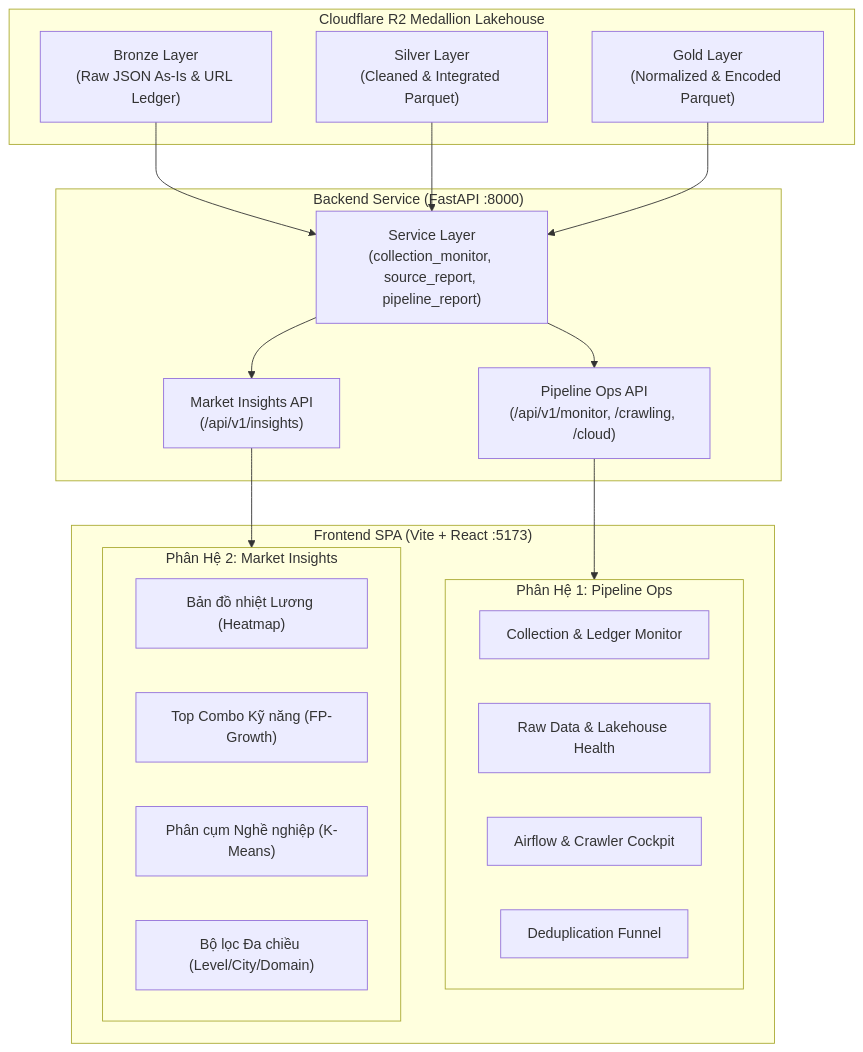
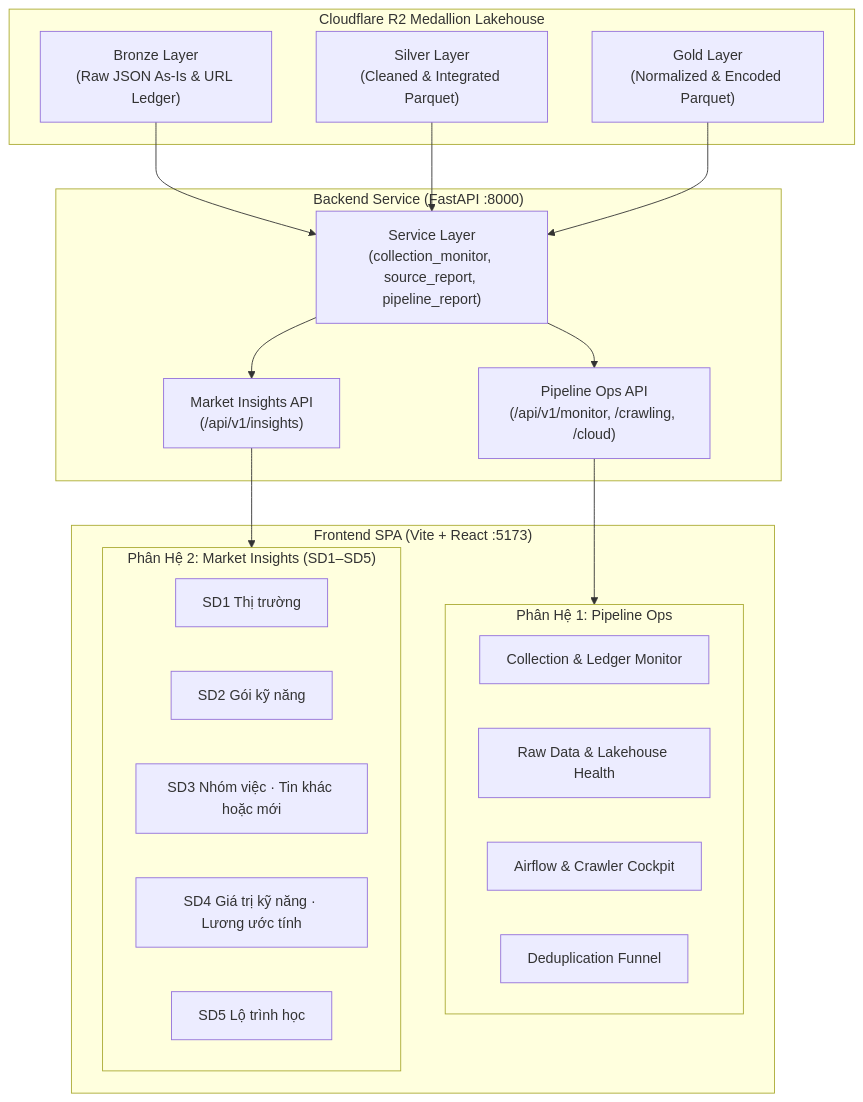
The first of 3 diagrams in docs/spec/09_monitoring_spec.md (Archduker/VN-IT-Job-Mining), drawn with Mermaid before and after one commit. The commit also changed other lines of this file and 90 other files, not shown here.

````diff
--- a/docs/spec/09_monitoring_spec.md
+++ b/docs/spec/09_monitoring_spec.md
@@ -16,37 +18,38 @@
 ```mermaid
 flowchart TD
     subgraph DataLakehouse["Cloudflare R2 Medallion Lakehouse"]
         Bronze["Bronze Layer\n(Raw JSON As-Is & URL Ledger)"]
         Silver["Silver Layer\n(Cleaned & Integrated Parquet)"]
         Gold["Gold Layer\n(Normalized & Encoded Parquet)"]
     end
 
     subgraph BackendFastAPI["Backend Service (FastAPI :8000)"]
         RouterOps["Pipeline Ops API\n(/api/v1/monitor, /crawling, /cloud)"]
         RouterInsights["Market Insights API\n(/api/v1/insights)"]
         ServiceLayer["Service Layer\n(collection_monitor, source_report, pipeline_report)"]
     end
 
     subgraph FrontendReact["Frontend SPA (Vite + React :5173)"]
         subgraph SubSystem1["Phân Hệ 1: Pipeline Ops"]
             PageOps1["Collection & Ledger Monitor"]
             PageOps2["Raw Data & Lakehouse Health"]
             PageOps3["Airflow & Crawler Cockpit"]
             PageOps4["Deduplication Funnel"]
         end
-        subgraph SubSystem2["Phân Hệ 2: Market Insights"]
-            PageInsight1["Bản đồ nhiệt Lương (Heatmap)"]
-            PageInsight2["Top Combo Kỹ năng (FP-Growth)"]
-            PageInsight3["Phân cụm Nghề nghiệp (K-Means)"]
-            PageInsight4["Bộ lọc Đa chiều (Level/City/Domain)"]
+        subgraph SubSystem2["Phân Hệ 2: Market Insights (SD1–SD5)"]
+            PageInsight1["SD1 Thị trường"]
+            PageInsight2["SD2 Gói kỹ năng"]
+            PageInsight3["SD3 Nhóm việc · Tin khác hoặc mới"]
+            PageInsight4["SD4 Giá trị kỹ năng · Lương ước tính"]
+            PageInsight5["SD5 Lộ trình học"]
         end
     end
 
     Bronze --> ServiceLayer
     Silver --> ServiceLayer
     Gold --> ServiceLayer
     ServiceLayer --> RouterOps
     ServiceLayer --> RouterInsights
     RouterOps --> SubSystem1
     RouterInsights --> SubSystem2
 ```
````
